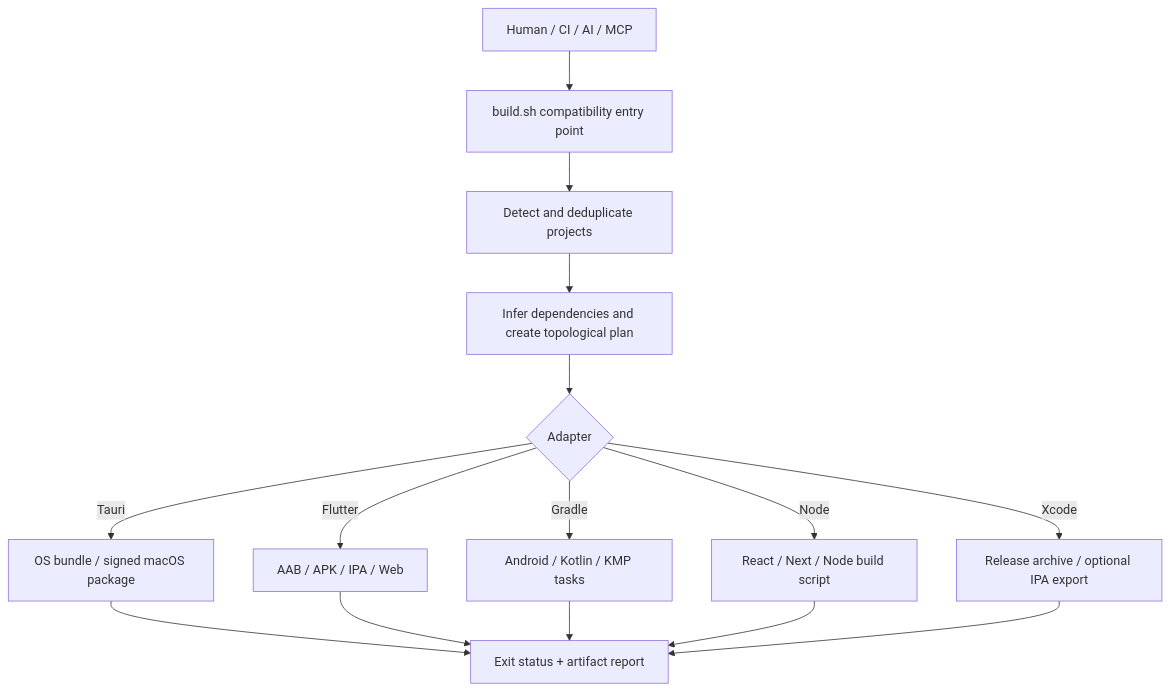
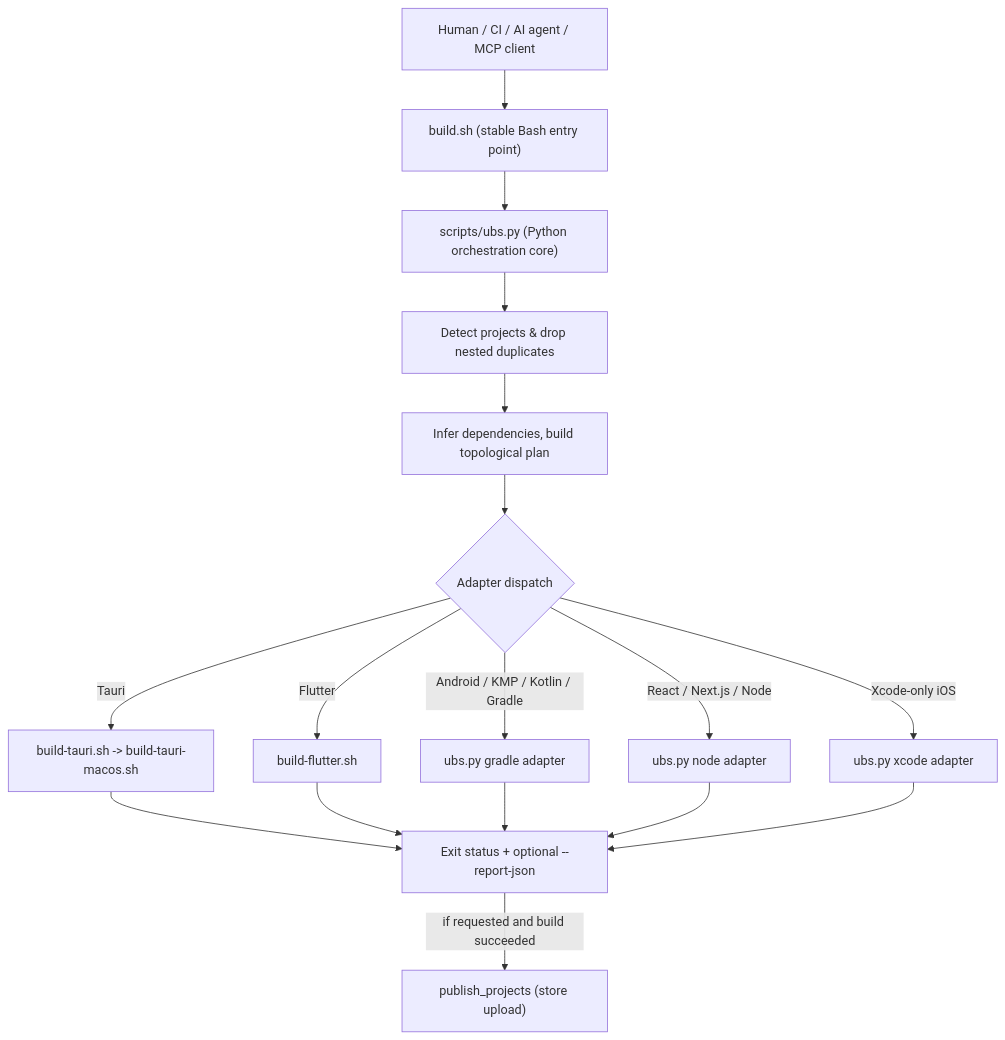
The first of 10 diagrams in README.en.md (Claude-Personal/ubs), drawn with Mermaid before and after one commit. The commit also changed other lines of this file, not shown here.

First line of the commit message:
docs(readme): rewrite English README with verified architecture, publish workflow, and security details

````diff
--- a/README.en.md
+++ b/README.en.md
@@ -71,17 +127,19 @@
 ```mermaid
 flowchart TD
-    U["Human / CI / AI / MCP"] --> B["build.sh compatibility entry point"]
-    B --> D["Detect and deduplicate projects"]
-    D --> P["Infer dependencies and create topological plan"]
-    P --> A{"Adapter"}
-    A -->|"Tauri"| T["OS bundle / signed macOS package"]
-    A -->|"Flutter"| F["AAB / APK / IPA / Web"]
-    A -->|"Gradle"| G["Android / Kotlin / KMP tasks"]
-    A -->|"Node"| N["React / Next / Node build script"]
-    A -->|"Xcode"| X["Release archive / optional IPA export"]
-    T --> R["Exit status + artifact report"]
+    U["Human / CI / AI agent / MCP client"] --> B["build.sh (stable Bash entry point)"]
+    B --> C["scripts/ubs.py (Python orchestration core)"]
+    C --> D["Detect projects & drop nested duplicates"]
+    D --> G["Infer dependencies, build topological plan"]
+    G --> A{"Adapter dispatch"}
+    A -->|Tauri| T["build-tauri.sh -> build-tauri-macos.sh"]
+    A -->|Flutter| F["build-flutter.sh"]
+    A -->|Android / KMP / Kotlin / Gradle| GR["ubs.py gradle adapter"]
+    A -->|React / Next.js / Node| N["ubs.py node adapter"]
+    A -->|Xcode-only iOS| X["ubs.py xcode adapter"]
+    T --> R["Exit status + optional --report-json"]
     F --> R
-    G --> R
+    GR --> R
     N --> R
     X --> R
+    R -->|"if requested and build succeeded"| P["publish_projects (store upload)"]
 ```
````
